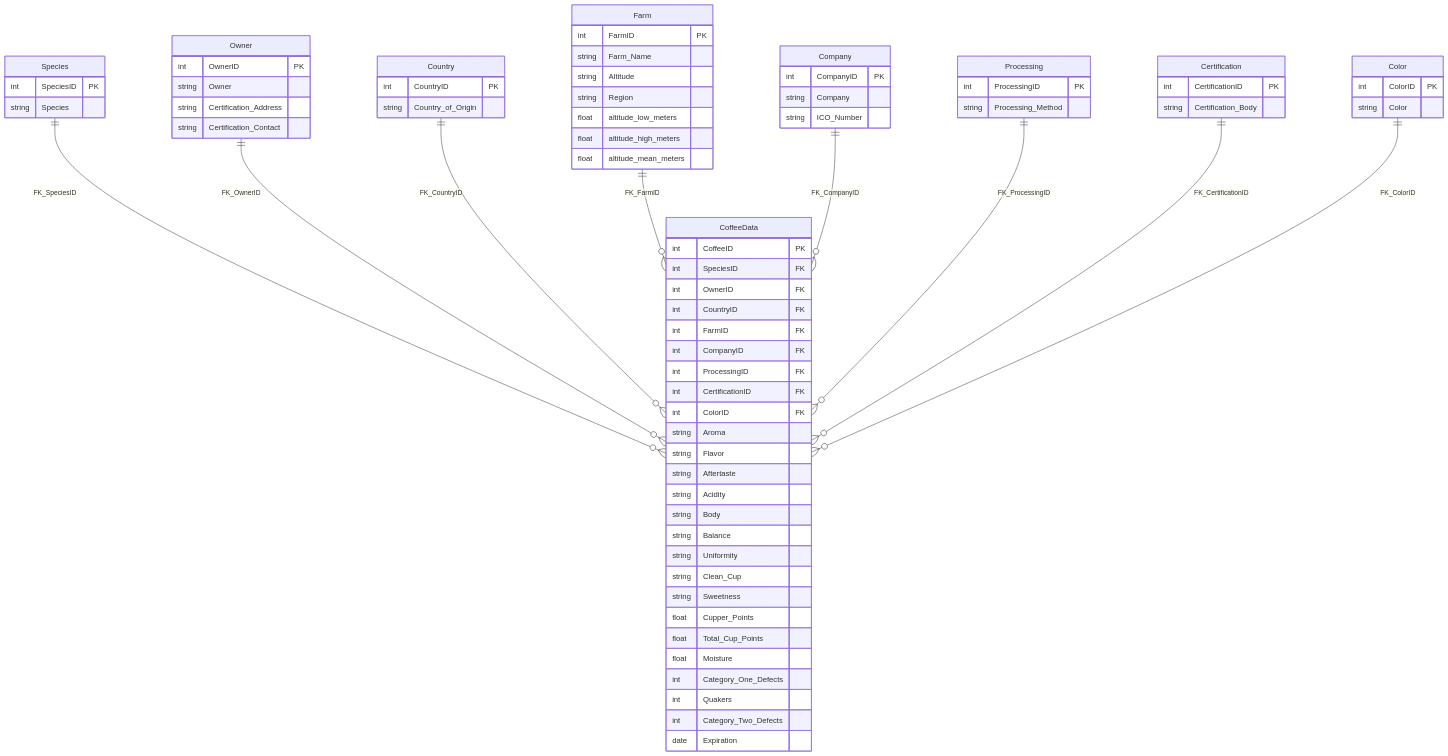
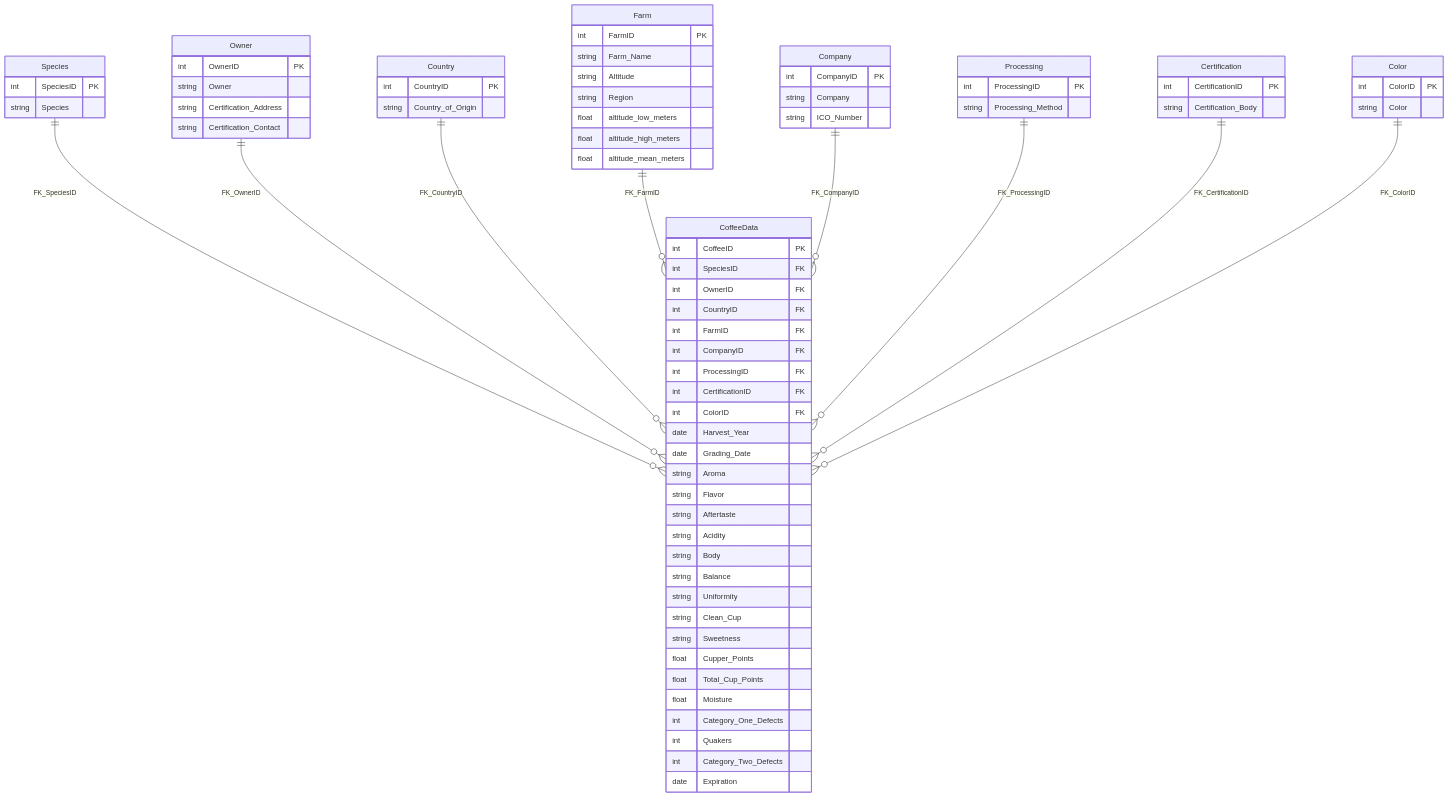
Before and after one commit to PillB/Coderhouse: the diagram in Diagrama Entidad Relación.md, drawn with Mermaid.

Commit message:
Update Diagrama Entidad Relación.md

```diff
--- a/Diagrama Entidad Relación.md
+++ b/Diagrama Entidad Relación.md
@@ -69,6 +69,8 @@
         int ProcessingID FK
         int CertificationID FK
         int ColorID FK
+        date Harvest_Year
+        date Grading_Date
         string Aroma
         string Flavor
         string Aftertaste
```
